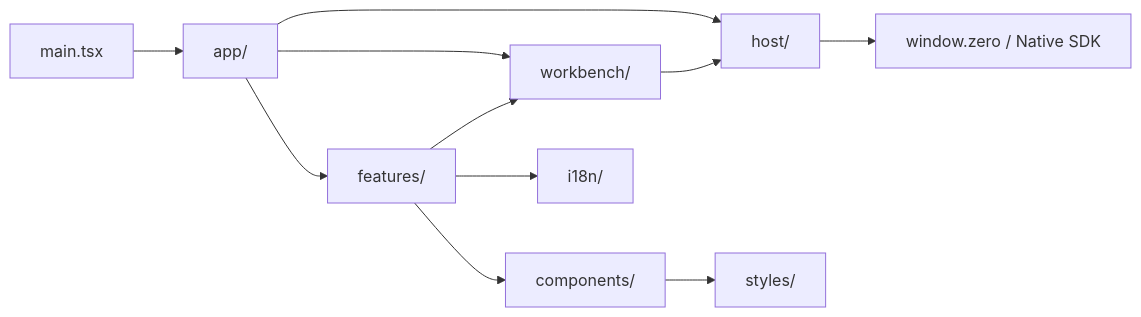
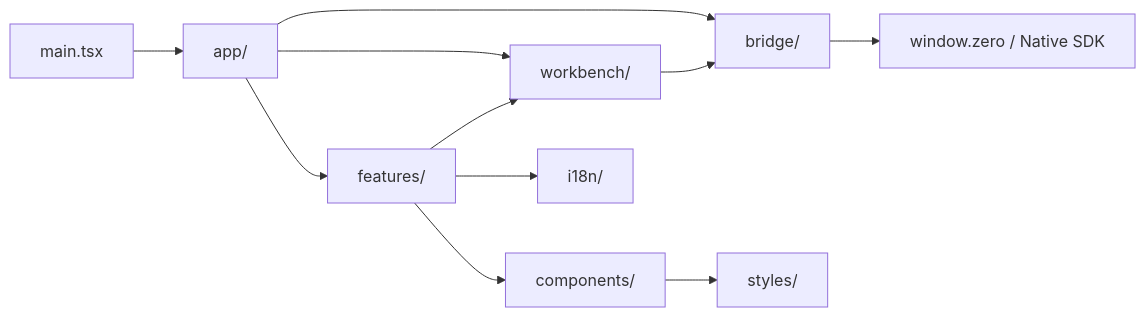
One commit to metask-ai/metawork changed the first of 2 diagrams in docs/project-structure.md. Above: the diagram before and after it, drawn with Mermaid. The commit also changed other lines of this file, not shown here.

Commit message:
docs: align Renderer bridge ownership terms

````diff
--- a/docs/project-structure.md
+++ b/docs/project-structure.md
@@ -241,13 +241,13 @@
 ```mermaid
 flowchart LR
     MAIN["main.tsx"] --> APP["app/"]
     APP --> FEATURES["features/"]
     APP --> WB["workbench/"]
-    APP --> HOST["host/"]
+    APP --> BRIDGE["bridge/"]
     FEATURES --> WB
     FEATURES --> UI["components/"]
     FEATURES --> I18N["i18n/"]
-    WB --> HOST
-    HOST --> NATIVE["window.zero / Native SDK"]
+    WB --> BRIDGE
+    BRIDGE --> NATIVE["window.zero / Native SDK"]
     UI --> STYLES["styles/"]
 ```
````
